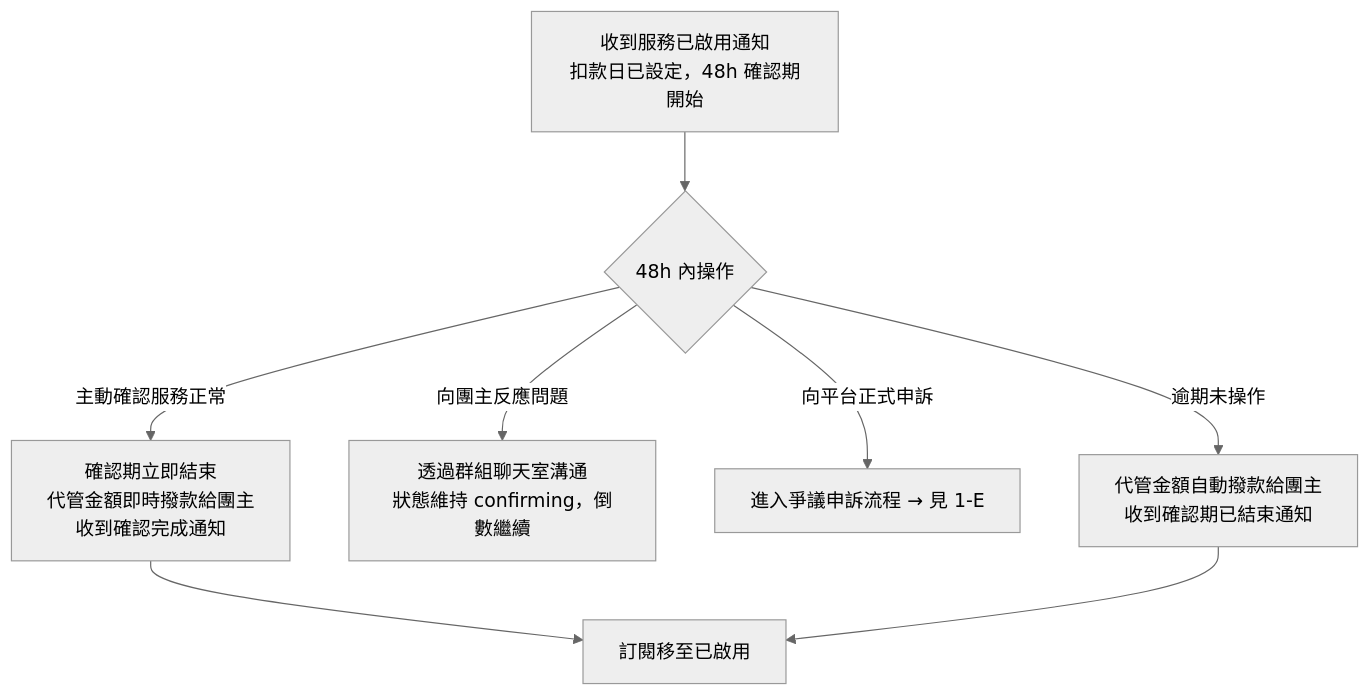
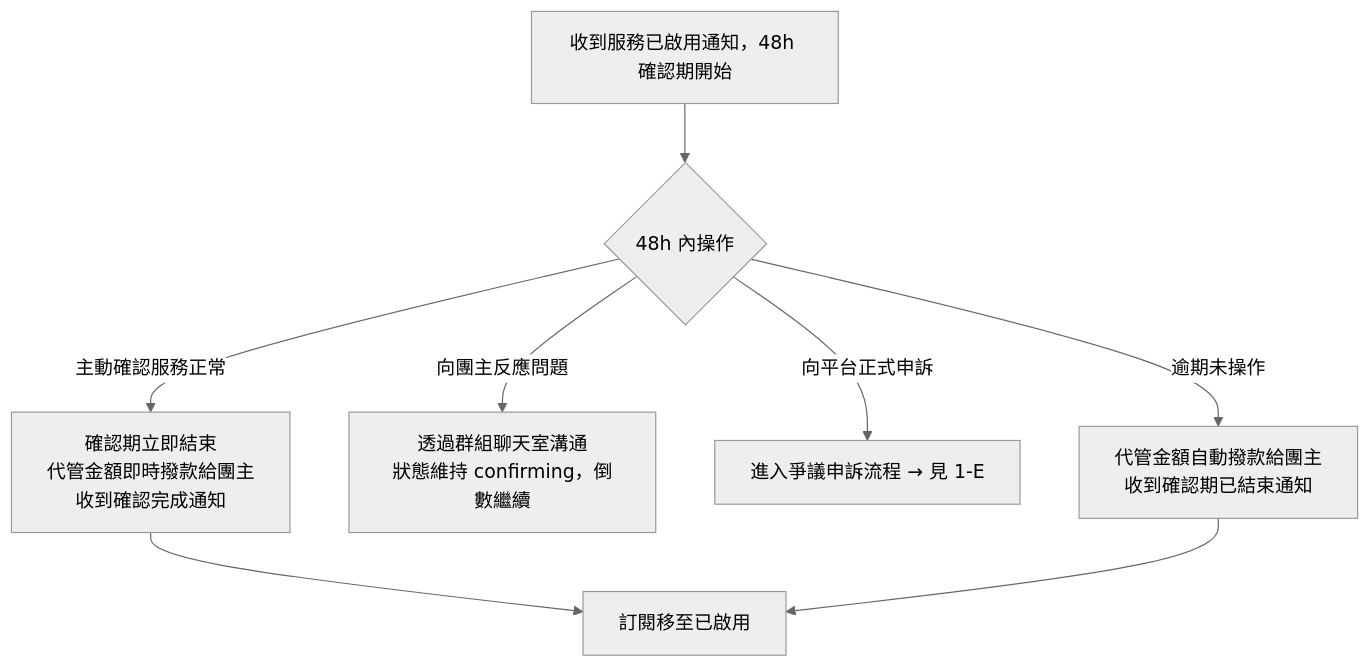
One commit to s1092055/PartyMatch changed the fifth of 14 diagrams in docs/user-flows.md. Above: the diagram before and after it, drawn with Mermaid (neutral theme). The commit also changed other lines of this file and 1 other file, not shown here.

````diff
--- a/docs/user-flows.md
+++ b/docs/user-flows.md
@@ -83,10 +83,10 @@
 ```mermaid
 flowchart TD
-  A[收到服務已啟用通知\n扣款日已設定，48h 確認期開始] --> B{48h 內操作}
+  A[收到服務已啟用通知，48h 確認期開始] --> B{48h 內操作}
   B -->|主動確認服務正常| C[確認期立即結束\n代管金額即時撥款給團主\n收到確認完成通知]
   B -->|向團主反應問題| D[透過群組聊天室溝通\n狀態維持 confirming，倒數繼續]
   B -->|向平台正式申訴| E[進入爭議申訴流程 → 見 1-E]
   B -->|逾期未操作| F[代管金額自動撥款給團主\n收到確認期已結束通知]
   C --> G[訂閱移至已啟用]
   F --> G
 ```
````
